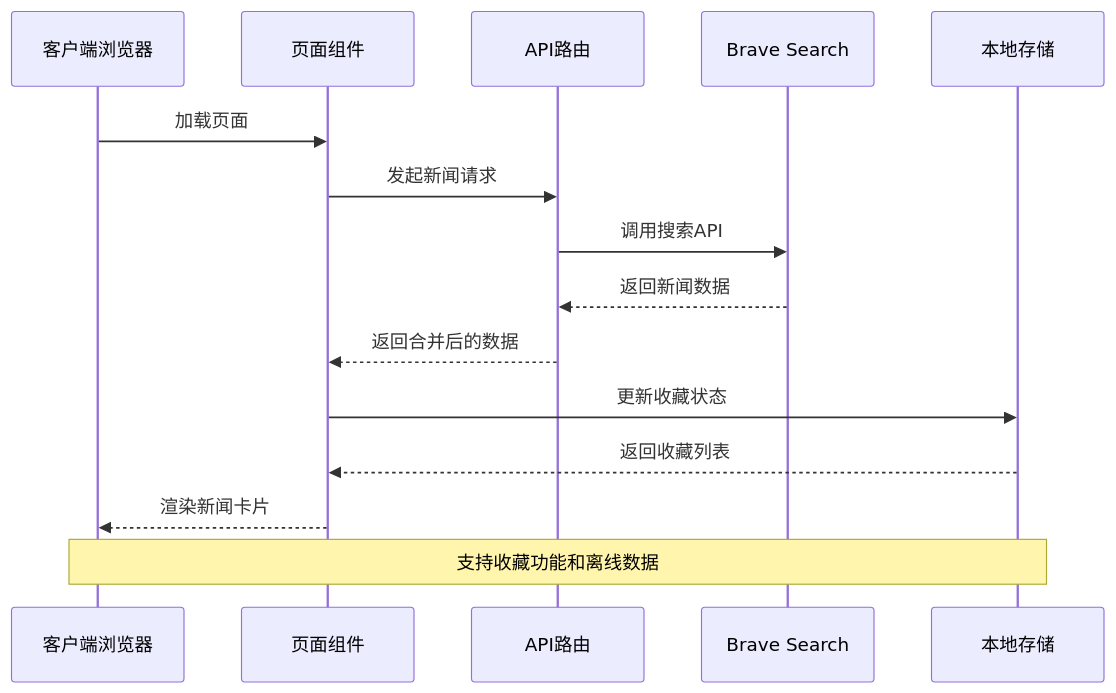
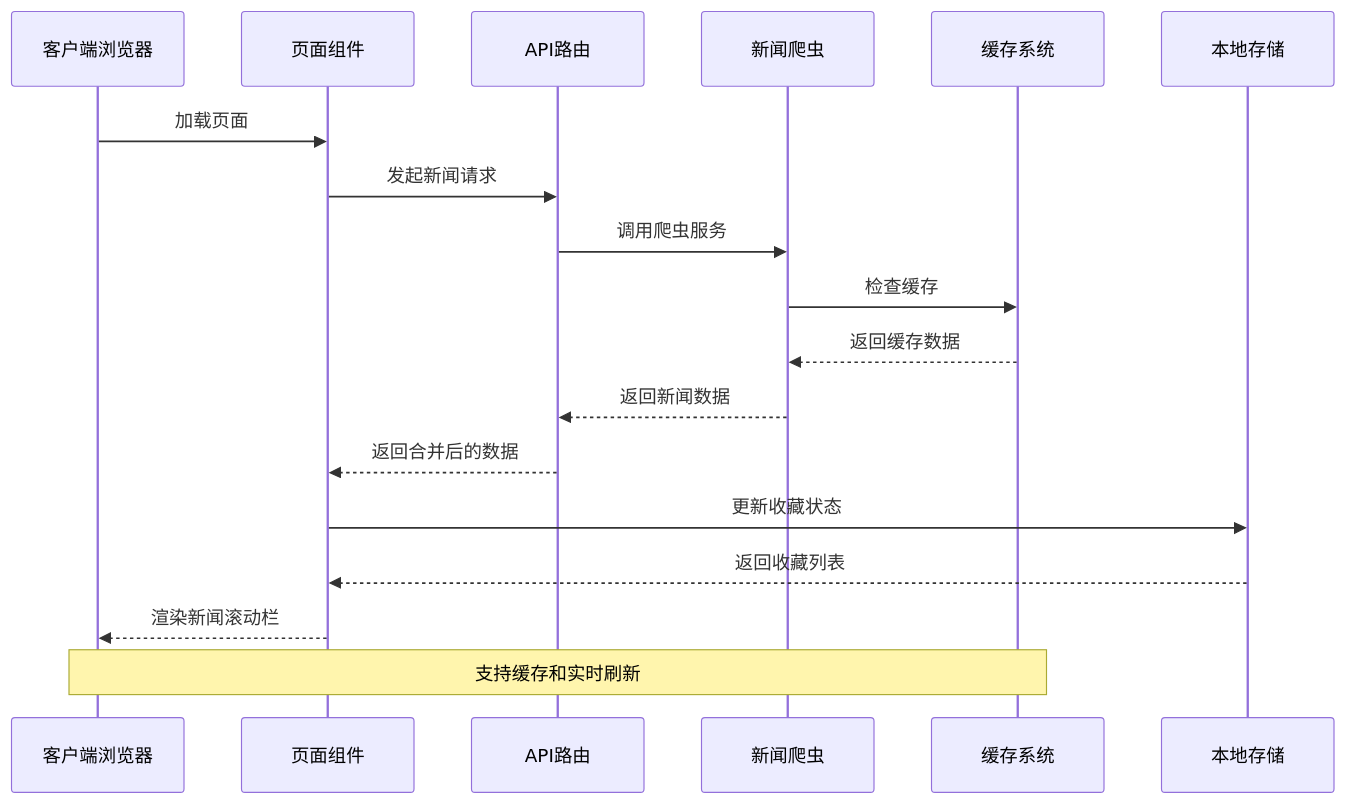
Before and after one commit to zuozuoliu740-cmd/xianxiong-news: the second of 6 diagrams in .qoder/repowiki/zh/content/UI组件系统/新闻展示组件.md, drawn with Mermaid. The commit also changed other lines of this file and 27 other files, not shown here.

Commit message:
feat: 新增AI实验室模块 - AI爆品替换工作台(视频替换/商品详情生成/图生视频/英文配音)、我的视频管理、首页入口卡片

````diff
--- a/.qoder/repowiki/zh/content/UI组件系统/新闻展示组件.md
+++ b/.qoder/repowiki/zh/content/UI组件系统/新闻展示组件.md
@@ -106,17 +115,20 @@
 ```mermaid
 sequenceDiagram
 participant Client as 客户端浏览器
 participant Page as 页面组件
 participant API as API路由
-participant Brave as Brave Search
+participant Scraper as 新闻爬虫
+participant Cache as 缓存系统
 participant Local as 本地存储
 Client->>Page : 加载页面
 Page->>API : 发起新闻请求
-API->>Brave : 调用搜索API
-Brave-->>API : 返回新闻数据
+API->>Scraper : 调用爬虫服务
+Scraper->>Cache : 检查缓存
+Cache-->>Scraper : 返回缓存数据
+Scraper-->>API : 返回新闻数据
 API-->>Page : 返回合并后的数据
 Page->>Local : 更新收藏状态
 Local-->>Page : 返回收藏列表
-Page-->>Client : 渲染新闻卡片
-Note over Client,Local : 支持收藏功能和离线数据
+Page-->>Client : 渲染新闻滚动栏
+Note over Client,Cache : 支持缓存和实时刷新
 ```
````
